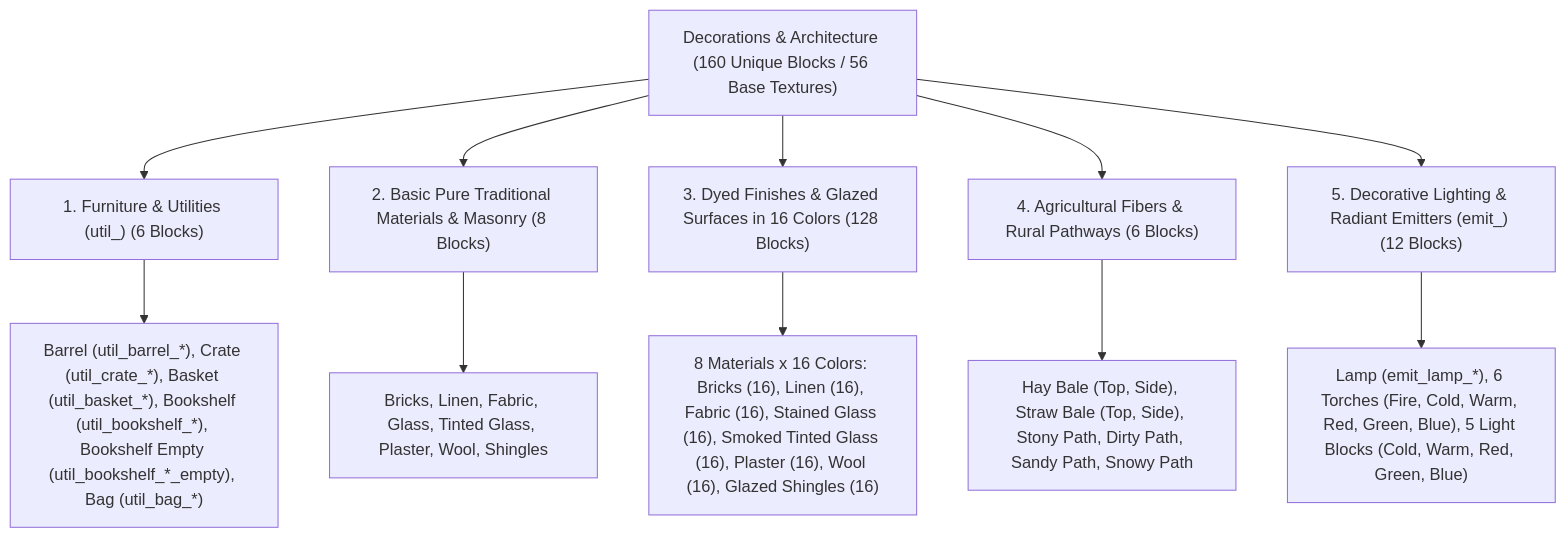
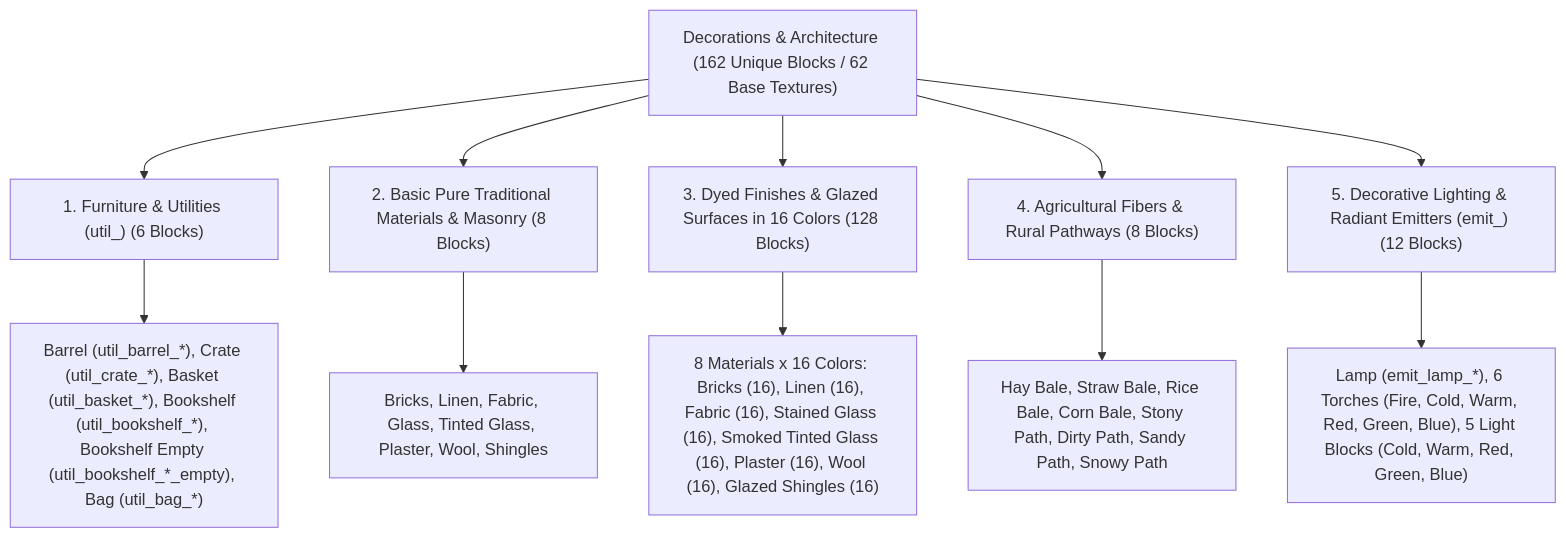
The diagram in docs/worldbuilding/blocks/decorations_design.md (gabrtzweb/VoxelGameEngine), drawn with Mermaid before and after one commit. The commit also changed other lines of this file and 142 other files, not shown here.

````diff
--- a/docs/worldbuilding/blocks/decorations_design.md
+++ b/docs/worldbuilding/blocks/decorations_design.md
@@ -16,14 +16,14 @@
 ```mermaid
 graph TD
-    D["Decorations & Architecture (160 Unique Blocks / 56 Base Textures)"] --> C1["1. Furniture & Utilities (util_) (6 Blocks)"]
+    D["Decorations & Architecture (162 Unique Blocks / 62 Base Textures)"] --> C1["1. Furniture & Utilities (util_) (6 Blocks)"]
     D --> C2["2. Basic Pure Traditional Materials & Masonry (8 Blocks)"]
     D --> C3["3. Dyed Finishes & Glazed Surfaces in 16 Colors (128 Blocks)"]
-    D --> C4["4. Agricultural Fibers & Rural Pathways (6 Blocks)"]
+    D --> C4["4. Agricultural Fibers & Rural Pathways (8 Blocks)"]
     D --> C5["5. Decorative Lighting & Radiant Emitters (emit_) (12 Blocks)"]
 
     C1 --> C1a["Barrel (util_barrel_*), Crate (util_crate_*), Basket (util_basket_*), Bookshelf (util_bookshelf_*), Bookshelf Empty (util_bookshelf_*_empty), Bag (util_bag_*)"]
     C2 --> C2a["Bricks, Linen, Fabric, Glass, Tinted Glass, Plaster, Wool, Shingles"]
     C3 --> C3a["8 Materials x 16 Colors: Bricks (16), Linen (16), Fabric (16), Stained Glass (16), Smoked Tinted Glass (16), Plaster (16), Wool (16), Glazed Shingles (16)"]
-    C4 --> C4a["Hay Bale (Top, Side), Straw Bale (Top, Side), Stony Path, Dirty Path, Sandy Path, Snowy Path"]
+    C4 --> C4a["Hay Bale, Straw Bale, Rice Bale, Corn Bale, Stony Path, Dirty Path, Sandy Path, Snowy Path"]
     C5 --> C5a["Lamp (emit_lamp_*), 6 Torches (Fire, Cold, Warm, Red, Green, Blue), 5 Light Blocks (Cold, Warm, Red, Green, Blue)"]
 ```
````
